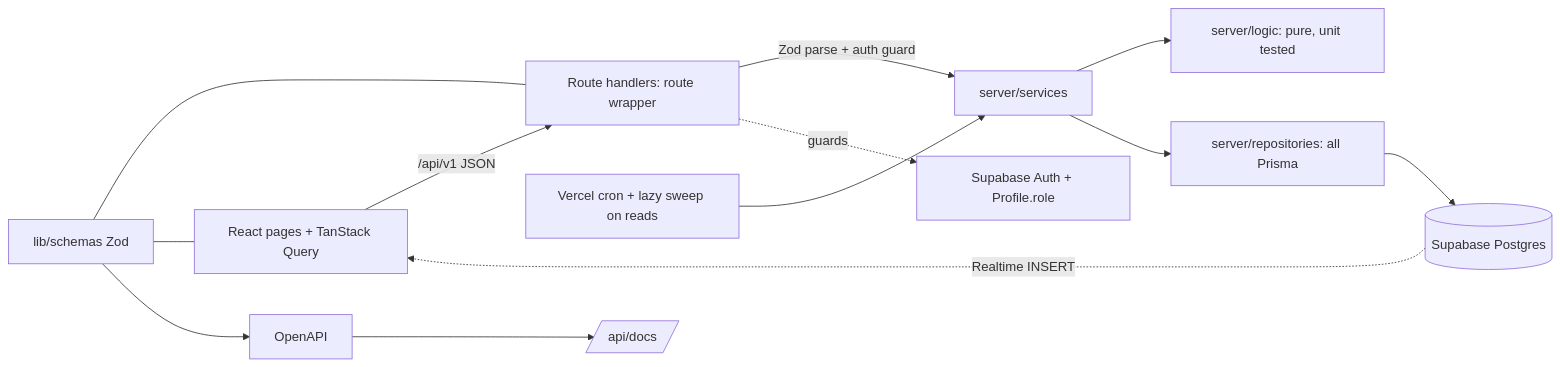
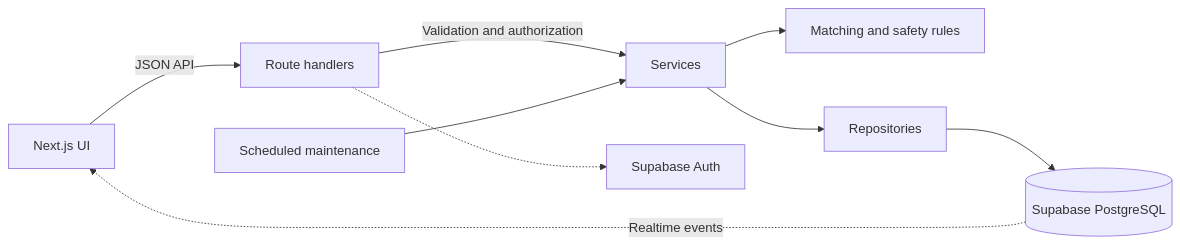
One commit to halloitsrizvan/food_bridge changed the diagram in README.md. Above: the diagram before and after it, drawn with Mermaid. The commit also changed other lines of this file and 11 other files, not shown here.

````diff
--- a/README.md
+++ b/README.md
@@ -19,14 +43,11 @@
 ```mermaid
 flowchart LR
-  UI[React pages + TanStack Query] -->|/api/v1 JSON| RH[Route handlers: route wrapper]
-  RH -->|Zod parse + auth guard| SV[server/services]
-  SV --> LG[server/logic: pure, unit tested]
-  SV --> RP[server/repositories: all Prisma]
-  RP --> DB[(Supabase Postgres)]
-  RH -.guards.-> AU[Supabase Auth + Profile.role]
-  DB -.Realtime INSERT.-> UI
-  CRON[Vercel cron + lazy sweep on reads] --> SV
-  ZS[lib/schemas Zod] --- RH
-  ZS --- UI
-  ZS --> OA[OpenAPI] --> DOCS[/api/docs/]
+  UI[Next.js UI] -->|JSON API| API[Route handlers]
+  API -->|Validation and authorization| SERVICES[Services]
+  SERVICES --> LOGIC[Matching and safety rules]
+  SERVICES --> REPOS[Repositories]
+  REPOS --> DB[(Supabase PostgreSQL)]
+  API -.-> AUTH[Supabase Auth]
+  DB -.Realtime events.-> UI
+  CRON[Scheduled maintenance] --> SERVICES
 ```
````
